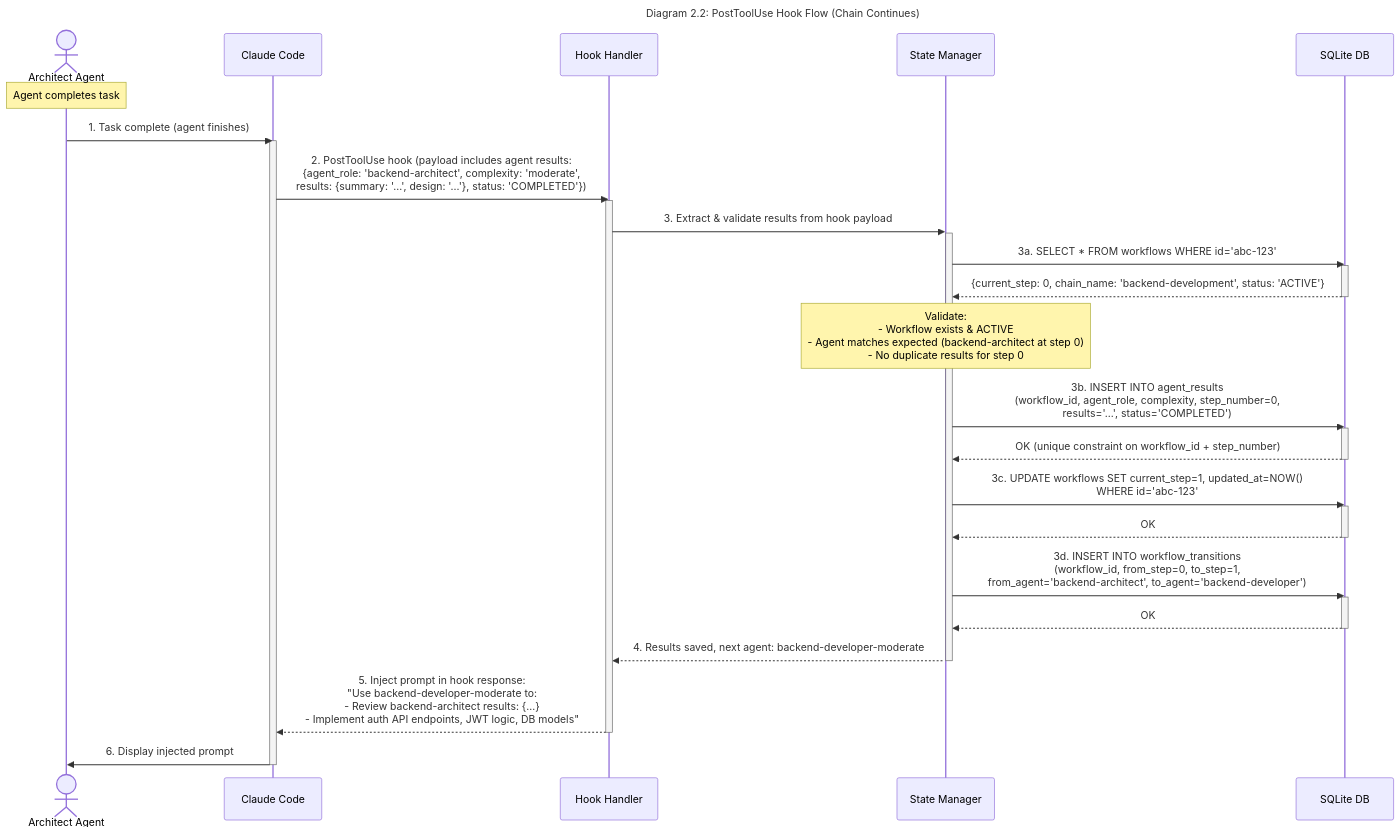
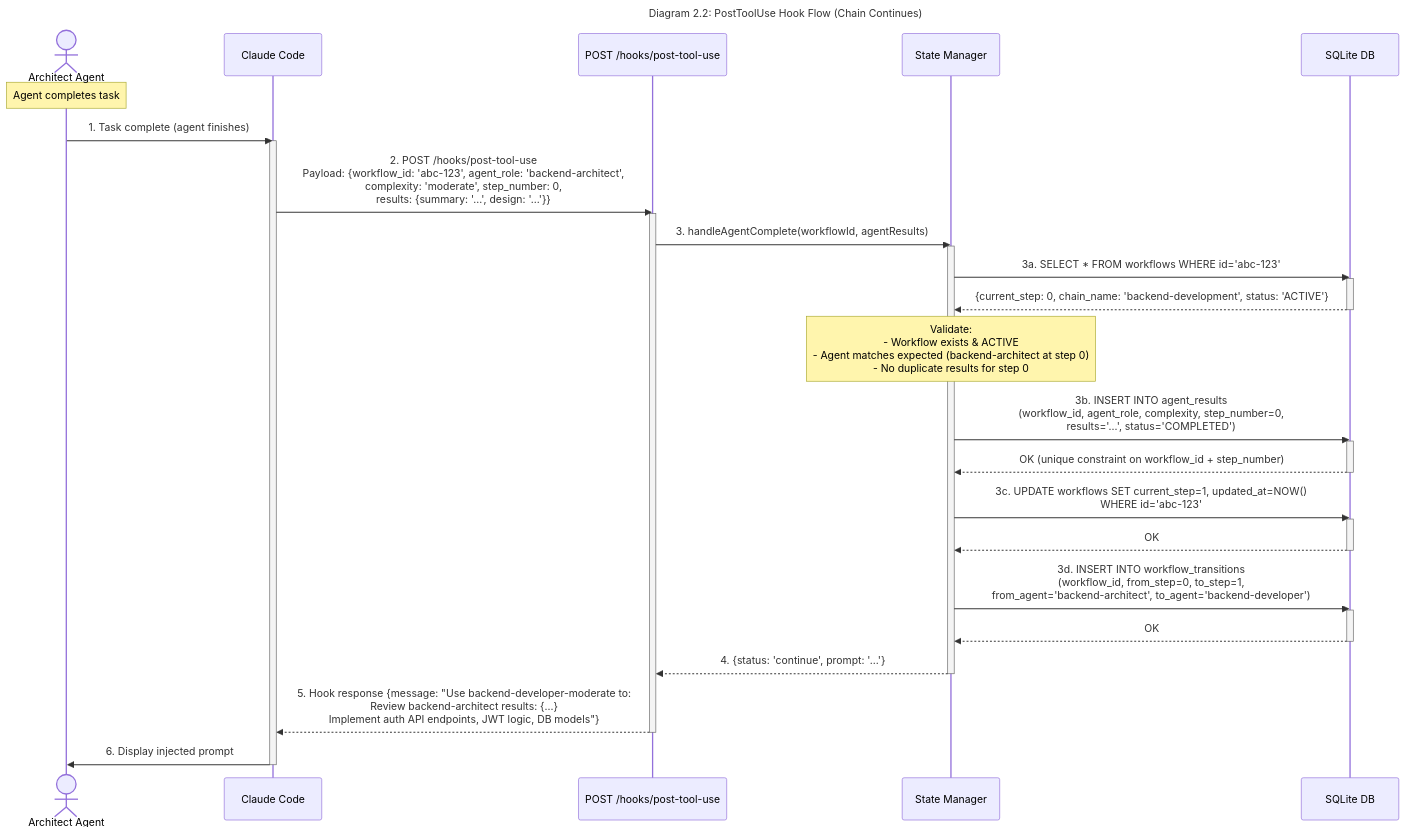
One commit to drevispas/ccorch changed the sixth of 11 diagrams in docs/architecture.md. Above: the diagram before and after it, drawn with Mermaid. The commit also changed other lines of this file and 3 other files, not shown here.

First line of the commit message:
docs: fix PostToolUse hook architecture inconsistencies across all documentation

````diff
--- a/docs/architecture.md
+++ b/docs/architecture.md
@@ -375,52 +378,51 @@
 ```mermaid
 ---
 title: "Diagram 2.2: PostToolUse Hook Flow (Chain Continues)"
 ---
 sequenceDiagram
     actor Agent as Architect Agent
     participant CC as Claude Code
-    participant Hook as Hook Handler
+    participant Hook as POST /hooks/post-tool-use
     participant StateMgr as State Manager
     participant DB as SQLite DB
 
     Note over Agent: Agent completes task
 
     Agent->>CC: 1. Task complete (agent finishes)
     activate CC
-    CC->>Hook: 2. PostToolUse hook (payload includes agent results:<br/>{agent_role: 'backend-architect', complexity: 'moderate',<br/>results: {summary: '...', design: '...'}, status: 'COMPLETED'})
+    CC->>Hook: 2. POST /hooks/post-tool-use<br/>Payload: {workflow_id: 'abc-123', agent_role: 'backend-architect',<br/>complexity: 'moderate', step_number: 0,<br/>results: {summary: '...', design: '...'}}
     activate Hook
 
-    Hook->>StateMgr: 3. Extract & validate results from hook payload
+    Hook->>StateMgr: 3. handleAgentComplete(workflowId, agentResults)
     activate StateMgr
 
-    activate StateMgr
     StateMgr->>DB: 3a. SELECT * FROM workflows WHERE id='abc-123'
     activate DB
     DB-->>StateMgr: {current_step: 0, chain_name: 'backend-development', status: 'ACTIVE'}
     deactivate DB
 
     Note over StateMgr: Validate:<br/>- Workflow exists & ACTIVE<br/>- Agent matches expected (backend-architect at step 0)<br/>- No duplicate results for step 0
 
     StateMgr->>DB: 3b. INSERT INTO agent_results<br/>(workflow_id, agent_role, complexity, step_number=0,<br/>results='...', status='COMPLETED')
     activate DB
     DB-->>StateMgr: OK (unique constraint on workflow_id + step_number)
     deactivate DB
 
     StateMgr->>DB: 3c. UPDATE workflows SET current_step=1, updated_at=NOW()<br/>WHERE id='abc-123'
     activate DB
     DB-->>StateMgr: OK
     deactivate DB
 
     StateMgr->>DB: 3d. INSERT INTO workflow_transitions<br/>(workflow_id, from_step=0, to_step=1,<br/>from_agent='backend-architect', to_agent='backend-developer')
     activate DB
     DB-->>StateMgr: OK
     deactivate DB
 
-    StateMgr-->>Hook: 4. Results saved, next agent: backend-developer-moderate
+    StateMgr-->>Hook: 4. {status: 'continue', prompt: '...'}
     deactivate StateMgr
 
-    Hook-->>CC: 5. Inject prompt in hook response:<br/>"Use backend-developer-moderate to:<br/>- Review backend-architect results: {...}<br/>- Implement auth API endpoints, JWT logic, DB models"
+    Hook-->>CC: 5. Hook response {message: "Use backend-developer-moderate to:<br/>Review backend-architect results: {...}<br/>Implement auth API endpoints, JWT logic, DB models"}
     deactivate Hook
     CC->>Agent: 6. Display injected prompt
     deactivate CC
 ```
````
